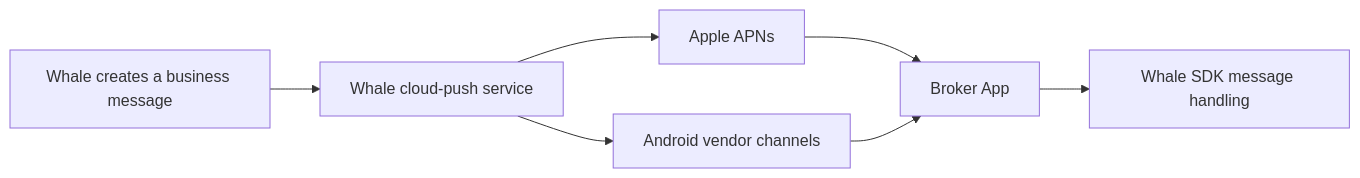
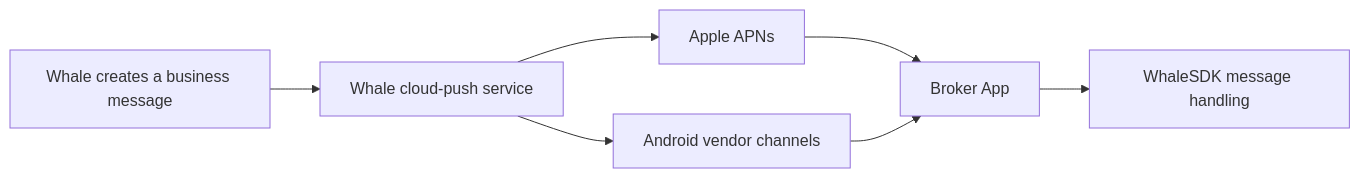
One commit to longbridge/whale-docs changed the first of 2 diagrams in docs/en/docs/message-push-options.mdx. Above: the diagram before and after it, drawn with Mermaid. The commit also changed other lines of this file and 120 other files, not shown here.

````diff
--- a/docs/en/docs/message-push-options.mdx
+++ b/docs/en/docs/message-push-options.mdx
@@ -18,9 +18,9 @@
 ```mermaid
 flowchart LR
   A[Whale creates a business message] --> B[Whale cloud-push service]
   B --> C[Apple APNs]
   B --> D[Android vendor channels]
   C --> E[Broker App]
   D --> E
-  E --> F[Whale SDK message handling]
+  E --> F[WhaleSDK message handling]
 ```
````
